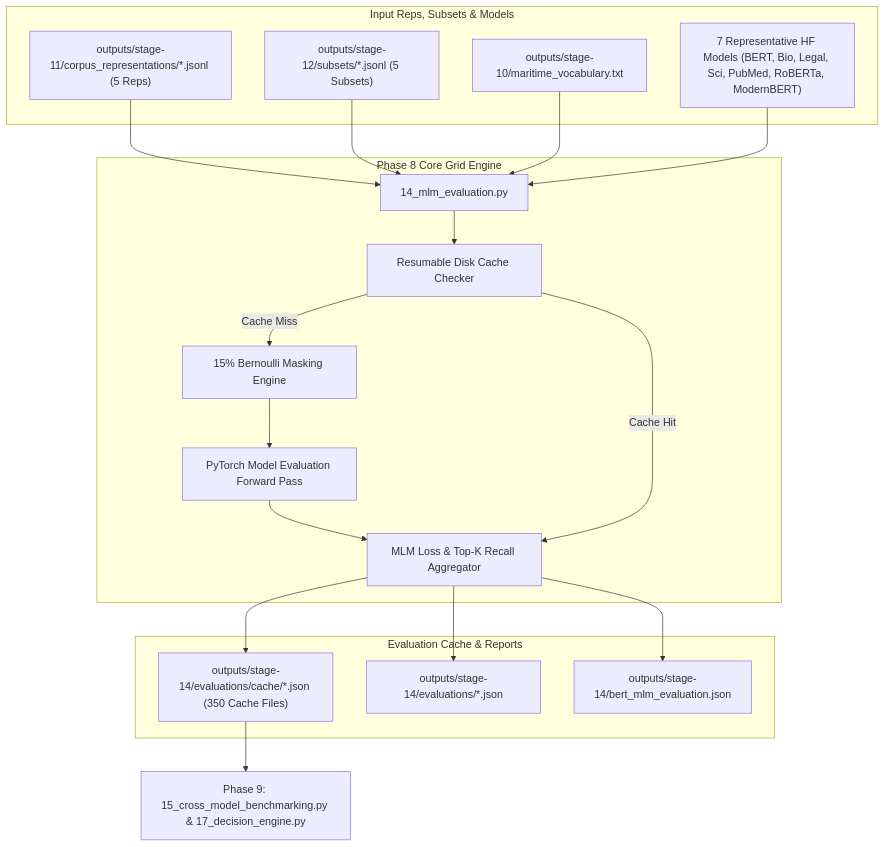
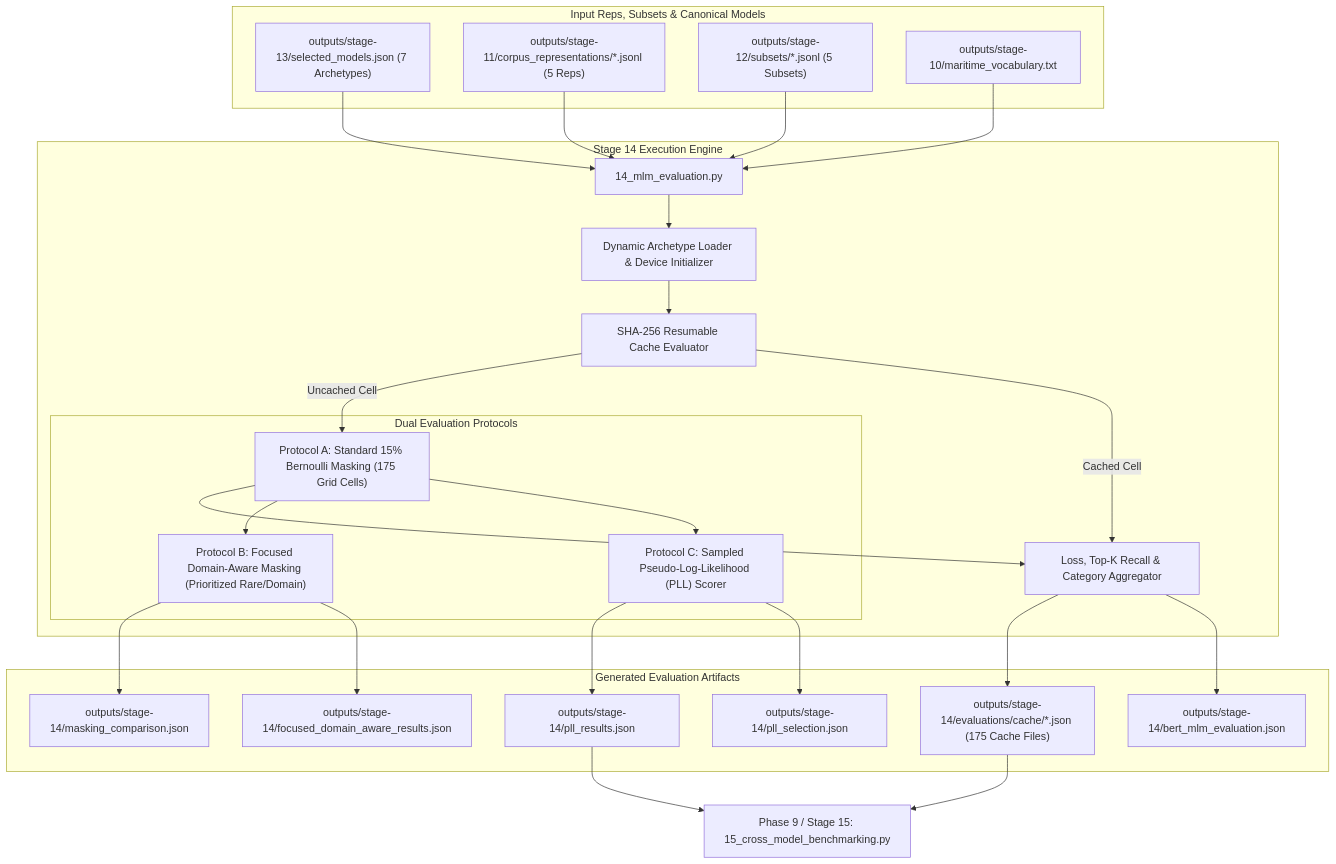
One commit to AbhishekYadav2207/TSBC-MaritimePipeline-PR changed the diagram in documentation/08_phase8_mlm_evaluation.md. Above: the diagram before and after it, drawn with Mermaid. The commit also changed other lines of this file and 6 other files, not shown here.

````diff
--- a/documentation/08_phase8_mlm_evaluation.md
+++ b/documentation/08_phase8_mlm_evaluation.md
@@ -13,33 +20,45 @@
 ```mermaid
 flowchart TD
-    subgraph Inputs ["Input Reps, Subsets & Models"]
+    subgraph Inputs ["Input Reps, Subsets & Canonical Models"]
+        SelectedJSON["outputs/stage-13/selected_models.json (7 Archetypes)"]
         RepsDir["outputs/stage-11/corpus_representations/*.jsonl (5 Reps)"]
         SubsetsDir["outputs/stage-12/subsets/*.jsonl (5 Subsets)"]
         VocabTXT["outputs/stage-10/maritime_vocabulary.txt"]
-        HFModels["7 Representative HF Models (BERT, Bio, Legal, Sci, PubMed, RoBERTa, ModernBERT)"]
     end
 
-    subgraph Processing ["Phase 8 Core Grid Engine"]
+    subgraph Processing ["Stage 14 Execution Engine"]
         S14["14_mlm_evaluation.py"]
-        CacheCheck["Resumable Disk Cache Checker"]
-        MaskingEngine["15% Bernoulli Masking Engine"]
-        MLMForward["PyTorch Model Evaluation Forward Pass"]
-        MetricAggregator["MLM Loss & Top-K Recall Aggregator"]
+        ModelLoader["Dynamic Archetype Loader & Device Initializer"]
+        CacheCheck["SHA-256 Resumable Cache Evaluator"]
+        
+        subgraph Protocols ["Dual Evaluation Protocols"]
+            RandomMasking["Protocol A: Standard 15% Bernoulli Masking (175 Grid Cells)"]
+            DomainMasking["Protocol B: Focused Domain-Aware Masking (Prioritized Rare/Domain)"]
+            PLLScorer["Protocol C: Sampled Pseudo-Log-Likelihood (PLL) Scorer"]
+        end
+        
+        MetricAggregator["Loss, Top-K Recall & Category Aggregator"]
     end
 
-    subgraph Outputs ["Evaluation Cache & Reports"]
-        CacheFolder["outputs/stage-14/evaluations/cache/*.json (350 Cache Files)"]
-        ModelSummaries["outputs/stage-14/evaluations/*.json"]
+    subgraph Outputs ["Generated Evaluation Artifacts"]
+        CacheFolder["outputs/stage-14/evaluations/cache/*.json (175 Cache Files)"]
+        MaskingCompJSON["outputs/stage-14/masking_comparison.json"]
+        PLLResultsJSON["outputs/stage-14/pll_results.json"]
+        PLLSelectJSON["outputs/stage-14/pll_selection.json"]
+        FocusedDomainJSON["outputs/stage-14/focused_domain_aware_results.json"]
         BertLegacy["outputs/stage-14/bert_mlm_evaluation.json"]
     end
 
-    RepsDir & SubsetsDir & VocabTXT & HFModels --> S14
-    S14 --> CacheCheck
-    CacheCheck -- Cache Miss --> MaskingEngine
-    MaskingEngine --> MLMForward
-    MLMForward --> MetricAggregator
-    MetricAggregator --> CacheFolder & ModelSummaries & BertLegacy
-    CacheCheck -- Cache Hit --> MetricAggregator
+    SelectedJSON & RepsDir & SubsetsDir & VocabTXT --> S14
+    S14 --> ModelLoader
+    ModelLoader --> CacheCheck
+    CacheCheck -- Uncached Cell --> RandomMasking
+    RandomMasking --> MetricAggregator
+    MetricAggregator --> CacheFolder & BertLegacy
+    CacheCheck -- Cached Cell --> MetricAggregator
 
-    CacheFolder --> NextPhase9["Phase 9: 15_cross_model_benchmarking.py & 17_decision_engine.py"]
+    RandomMasking --> DomainMasking --> MaskingCompJSON & FocusedDomainJSON
+    RandomMasking --> PLLScorer --> PLLResultsJSON & PLLSelectJSON
+
+    CacheFolder & PLLResultsJSON --> NextStage15["Phase 9 / Stage 15: 15_cross_model_benchmarking.py"]
 ```
````
